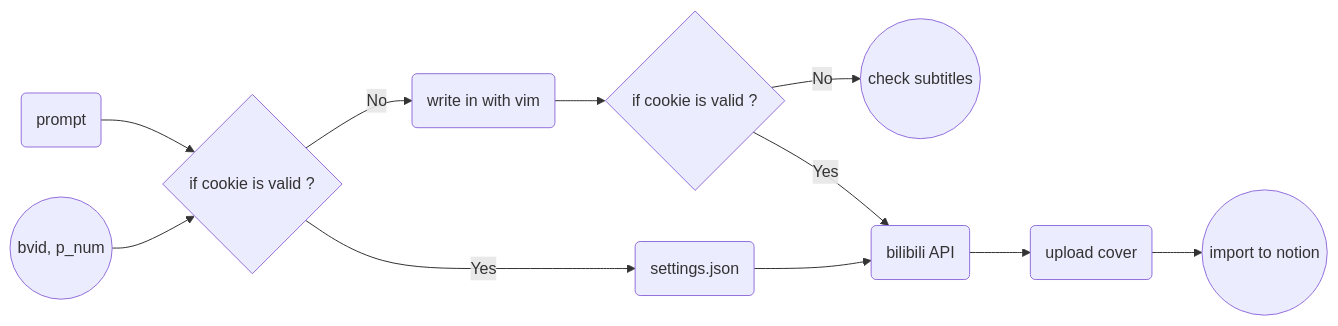
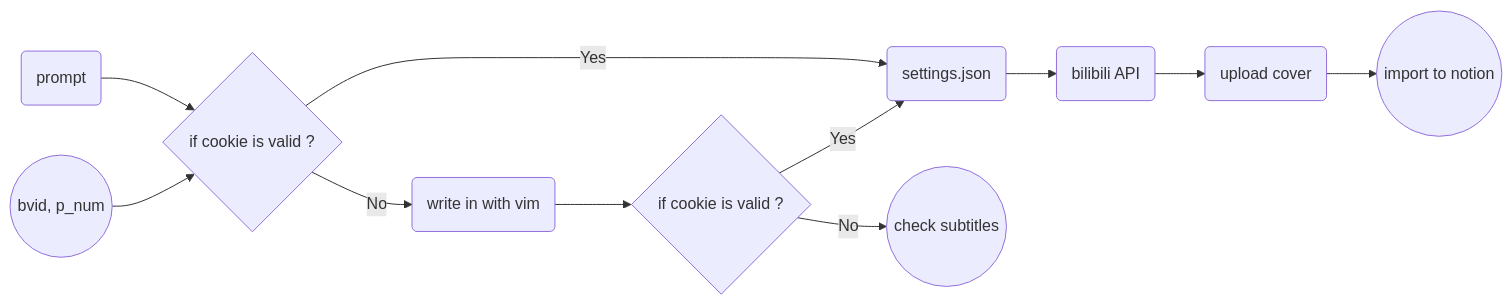
One commit to Kihara-Ri/bili-video-info_TO_Notion changed the first of 2 diagrams in README.md. Above: the diagram before and after it, drawn with Mermaid. The commit also changed other lines of this file and 1 other file, not shown here.

````diff
--- a/README.md
+++ b/README.md
@@ -78,23 +77,23 @@
 ```mermaid
 graph LR
 prompt(prompt)
 para((bvid, p_num))
 judge{if cookie is valid ?}
 write(write in with vim)
 read(settings.json)
 check((check subtitles))
 requests(bilibili API)
 upload(upload cover)
 import((import to notion))
 
 prompt --> judge
 para --> judge
 judge --> |Yes| read
 judge --> |No | write
 write --> judge2{if cookie is valid ?}
-judge2 --> |Yes| requests
+judge2 --> |Yes| read
 judge2 --> |No| check
 read --> requests
 requests --> upload
 upload --> import
 ```
````
